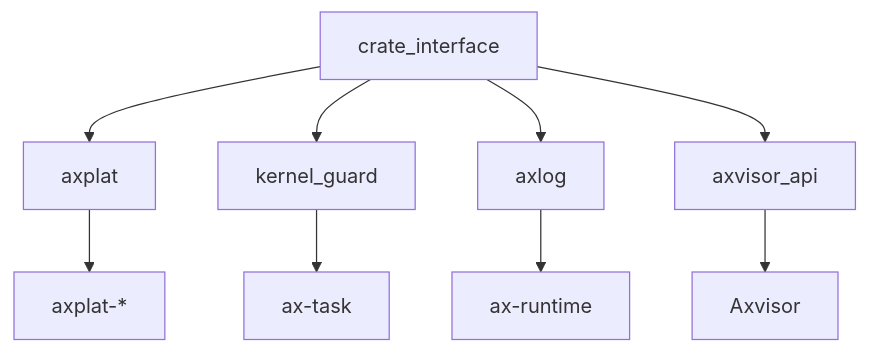
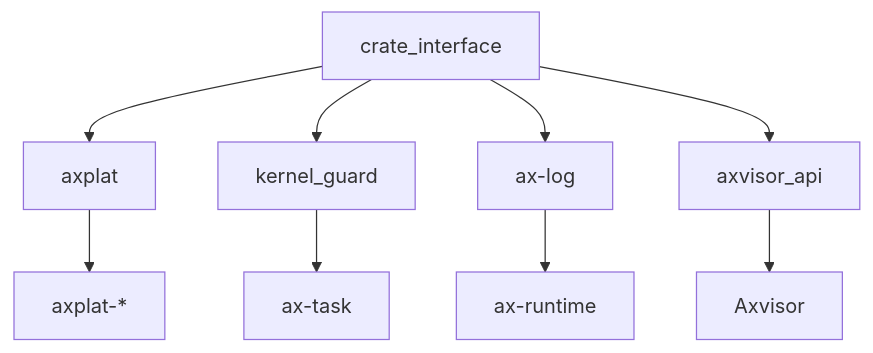
The second of 2 diagrams in docs/crates/crate_interface.md (zKurisu/tgoskits), drawn with Mermaid before and after one commit. The commit also changed other lines of this file and 44 other files, not shown here.

Commit message:
rename axlog to ax-log

````diff
--- a/docs/crates/crate_interface.md
+++ b/docs/crates/crate_interface.md
@@ -163,12 +163,12 @@
 ```mermaid
 graph TD
     A[crate_interface]
     A --> B[axplat]
     A --> C[kernel_guard]
-    A --> D[axlog]
+    A --> D[ax-log]
     A --> E[axvisor_api]
     B --> F[axplat-*]
     D --> G[ax-runtime]
     C --> H[ax-task]
     E --> I[Axvisor]
 ```
````
